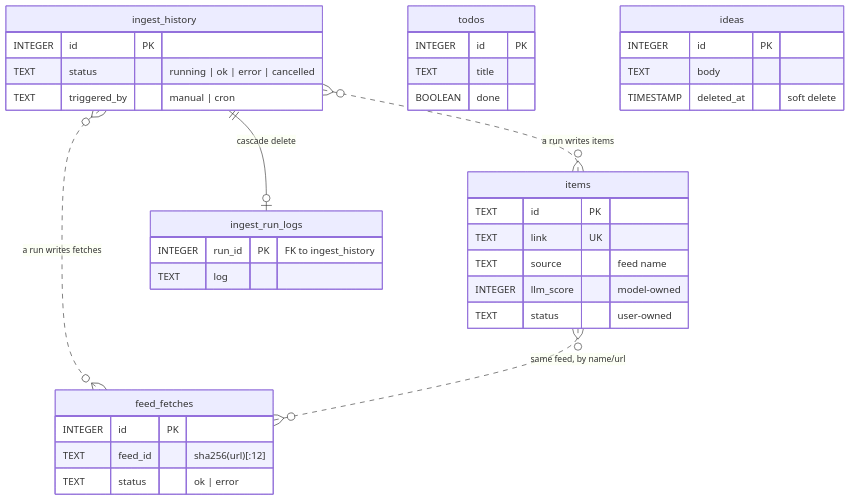
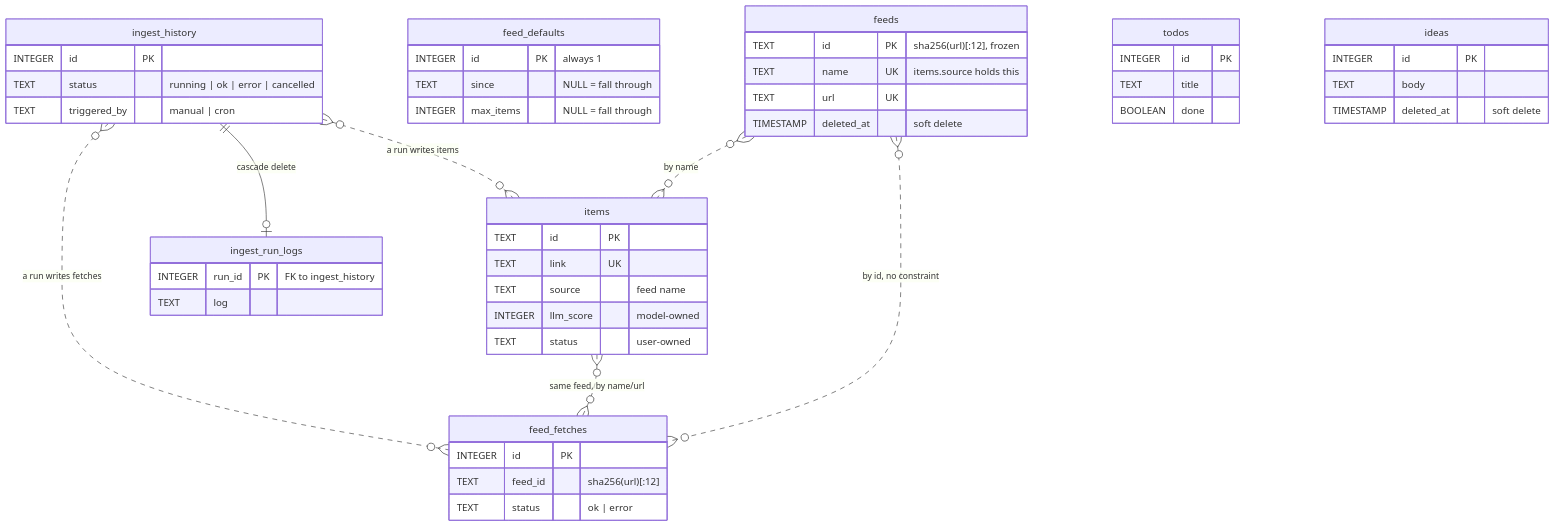
One commit to DanielBlei/rabbithole changed the first of 4 diagrams in docs/store.md. Above: the diagram before and after it, drawn with Mermaid. The commit also changed other lines of this file and 31 other files, not shown here.

````diff
--- a/docs/store.md
+++ b/docs/store.md
@@ -22,39 +22,52 @@
 ```mermaid
 erDiagram
     items {
         TEXT id PK
         TEXT link UK
         TEXT source "feed name"
         INTEGER llm_score "model-owned"
         TEXT status "user-owned"
+    }
+    feeds {
+        TEXT id PK "sha256(url)[:12], frozen"
+        TEXT name UK "items.source holds this"
+        TEXT url UK
+        TIMESTAMP deleted_at "soft delete"
+    }
+    feed_defaults {
+        INTEGER id PK "always 1"
+        TEXT since "NULL = fall through"
+        INTEGER max_items "NULL = fall through"
     }
     feed_fetches {
         INTEGER id PK
         TEXT feed_id "sha256(url)[:12]"
         TEXT status "ok | error"
     }
     ingest_history {
         INTEGER id PK
         TEXT status "running | ok | error | cancelled"
         TEXT triggered_by "manual | cron"
     }
     ingest_run_logs {
         INTEGER run_id PK "FK to ingest_history"
         TEXT log
     }
     todos {
         INTEGER id PK
         TEXT title
         BOOLEAN done
     }
     ideas {
         INTEGER id PK
         TEXT body
         TIMESTAMP deleted_at "soft delete"
     }
 
     ingest_history ||--o| ingest_run_logs : "cascade delete"
     ingest_history }o..o{ items : "a run writes items"
     ingest_history }o..o{ feed_fetches : "a run writes fetches"
     items }o..o{ feed_fetches : "same feed, by name/url"
+    feeds }o..o{ feed_fetches : "by id, no constraint"
+    feeds }o..o{ items : "by name"
 ```
````
